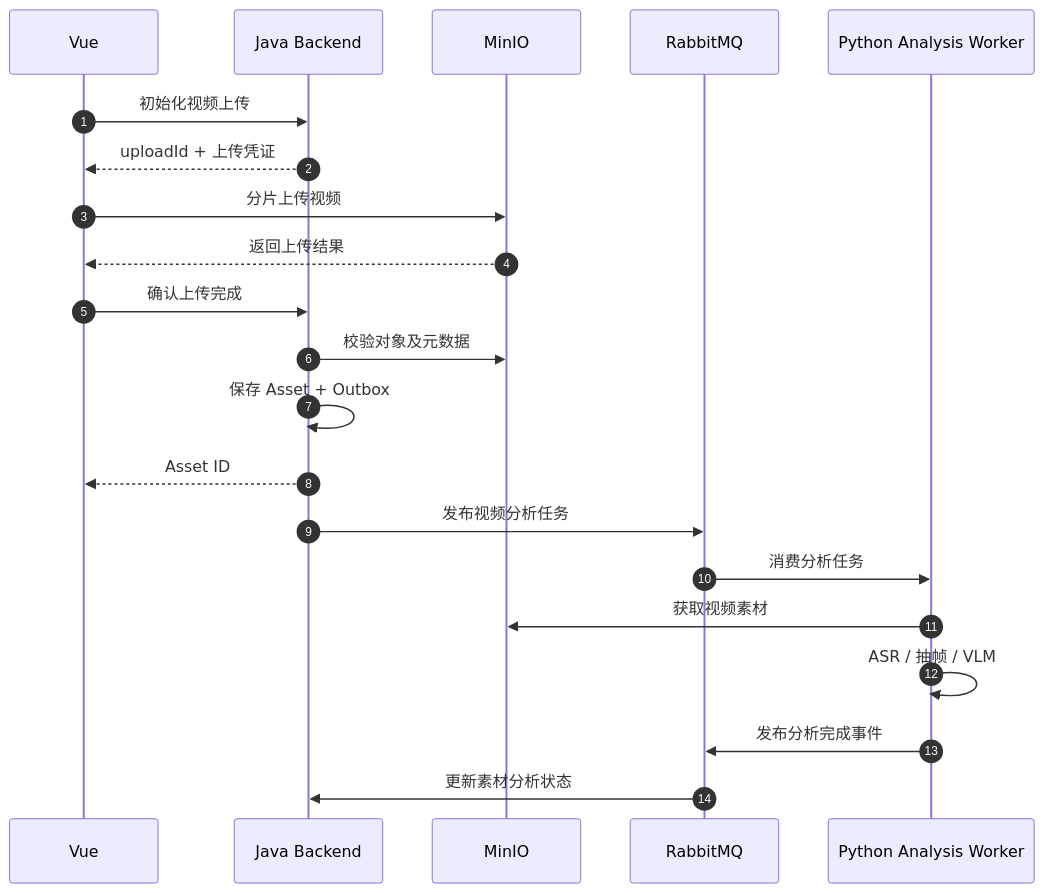
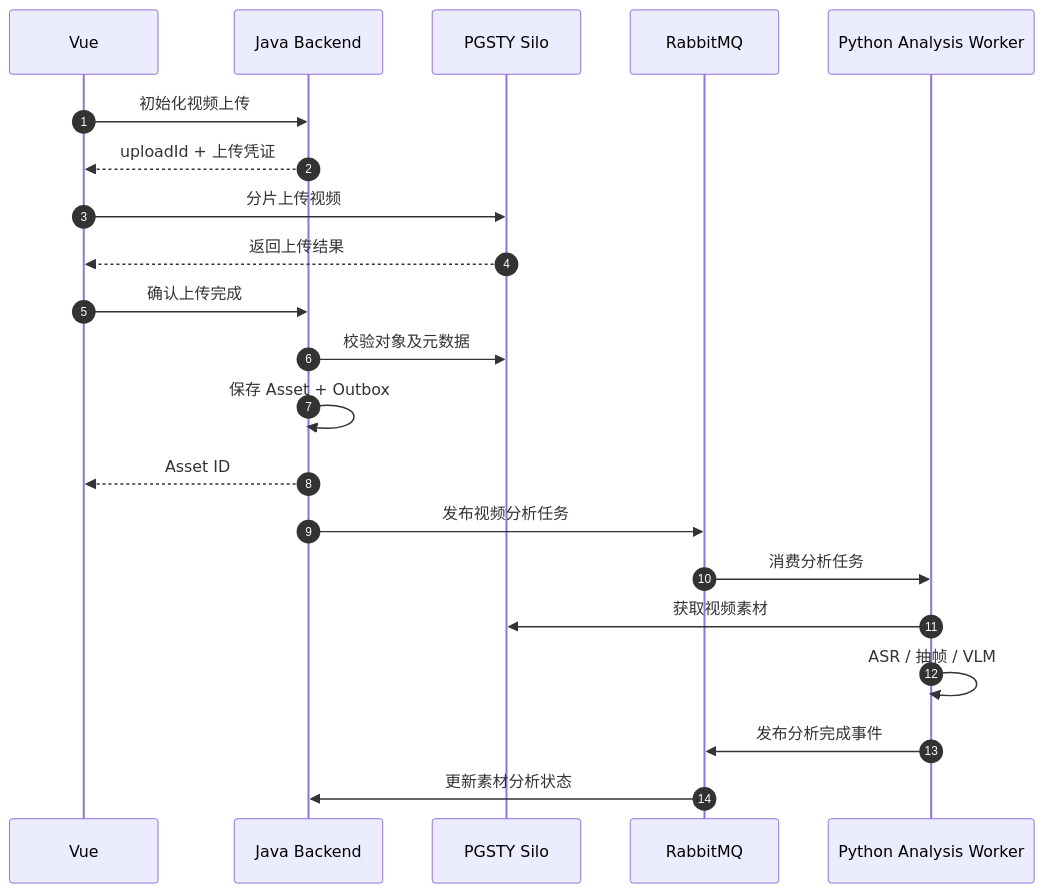
Before and after one commit to Hou1464851806/AgenticVideo: the diagram in backend/api/README.md, drawn with Mermaid. The commit also changed other lines of this file and 11 other files, not shown here.

First line of the commit message:
docs: plan milestone 1 and adopt PGSTY Silo

````diff
--- a/backend/api/README.md
+++ b/backend/api/README.md
@@ -67,24 +68,24 @@
 ```mermaid
 sequenceDiagram
     autonumber
     participant U as Vue
     participant J as Java Backend
-    participant S as MinIO
+    participant S as PGSTY Silo
     participant MQ as RabbitMQ
     participant P as Python Analysis Worker
 
     U->>J: 初始化视频上传
     J-->>U: uploadId + 上传凭证
     U->>S: 分片上传视频
     S-->>U: 返回上传结果
     U->>J: 确认上传完成
     J->>S: 校验对象及元数据
     J->>J: 保存 Asset + Outbox
     J-->>U: Asset ID
     J->>MQ: 发布视频分析任务
     MQ->>P: 消费分析任务
     P->>S: 获取视频素材
     P->>P: ASR / 抽帧 / VLM
     P->>MQ: 发布分析完成事件
     MQ->>J: 更新素材分析状态
 ```
````
